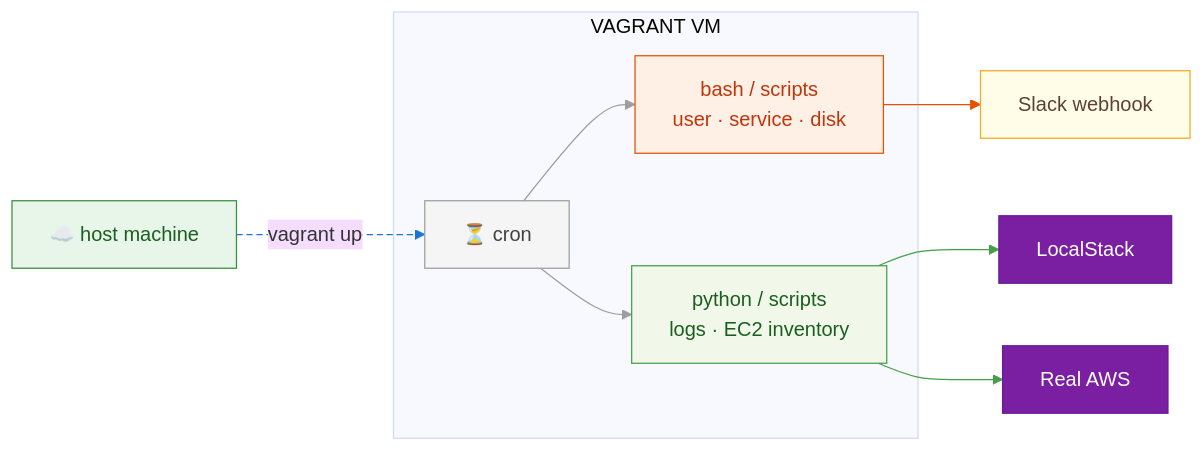
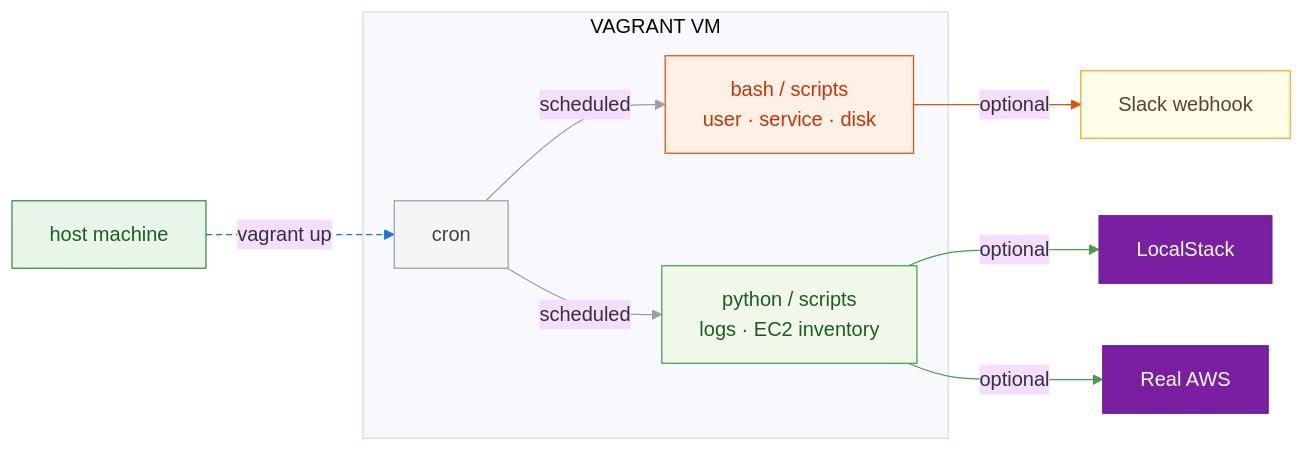
Before and after one commit to alexiglesias/system-toolkit: the diagram in README.md, drawn with Mermaid (base theme).

Commit message:
small change

````diff
--- a/README.md
+++ b/README.md
@@ -28,42 +28,42 @@
 ```mermaid
 flowchart LR
-    HOST["☁️ host machine"]
+    HOST["host machine"]
 
     subgraph VM["VAGRANT VM"]
-        CRON["⏳ cron"]
+        CRON["cron"]
         BASH["bash / scripts<br/>user · service · disk"]
         PYTHON["python / scripts<br/>logs · EC2 inventory"]
     end
 
     SLACK["Slack webhook"]
     LS["LocalStack"]
     AWS["Real AWS"]
 
     HOST -->|vagrant up| CRON
-    CRON --> BASH
-    CRON --> PYTHON
-    BASH --> SLACK
-    PYTHON --> LS
-    PYTHON --> AWS
+    CRON -->|scheduled| BASH
+    CRON -->|scheduled| PYTHON
+    BASH -->|optional| SLACK
+    PYTHON -->|optional| LS
+    PYTHON -->|optional| AWS
 
     classDef bash   fill:#fff0e6,stroke:#e65100,color:#bf360c
     classDef py     fill:#f1f8e9,stroke:#43a047,color:#1b5e20
     classDef slack  fill:#fffde7,stroke:#f9a825,color:#5d4037
     classDef cloud  fill:#7b1fa2,stroke:#6a1b9a,color:#ffffff
     classDef host   fill:#e8f5e9,stroke:#388e3c,color:#1b5e20
     classDef cron   fill:#f5f5f5,stroke:#9e9e9e,color:#424242
 
     class HOST host
     class CRON cron
     class BASH bash
     class PYTHON py
     class SLACK slack
     class LS,AWS cloud
 
     linkStyle 0 stroke:#1976d2,stroke-dasharray:5 3
     linkStyle 1 stroke:#9e9e9e
     linkStyle 2 stroke:#9e9e9e
     linkStyle 3 stroke:#e65100
     linkStyle 4 stroke:#43a047
     linkStyle 5 stroke:#43a047
 ```
````
